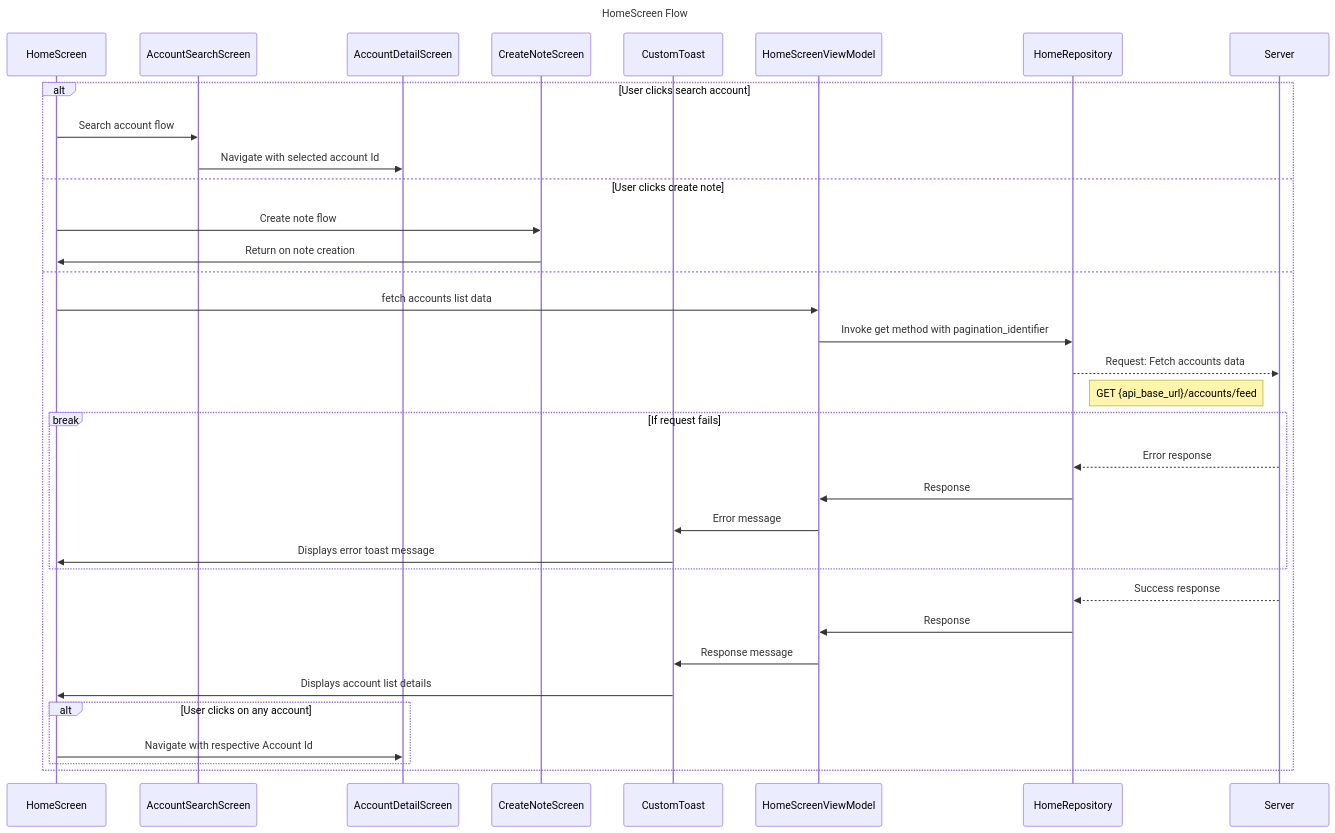
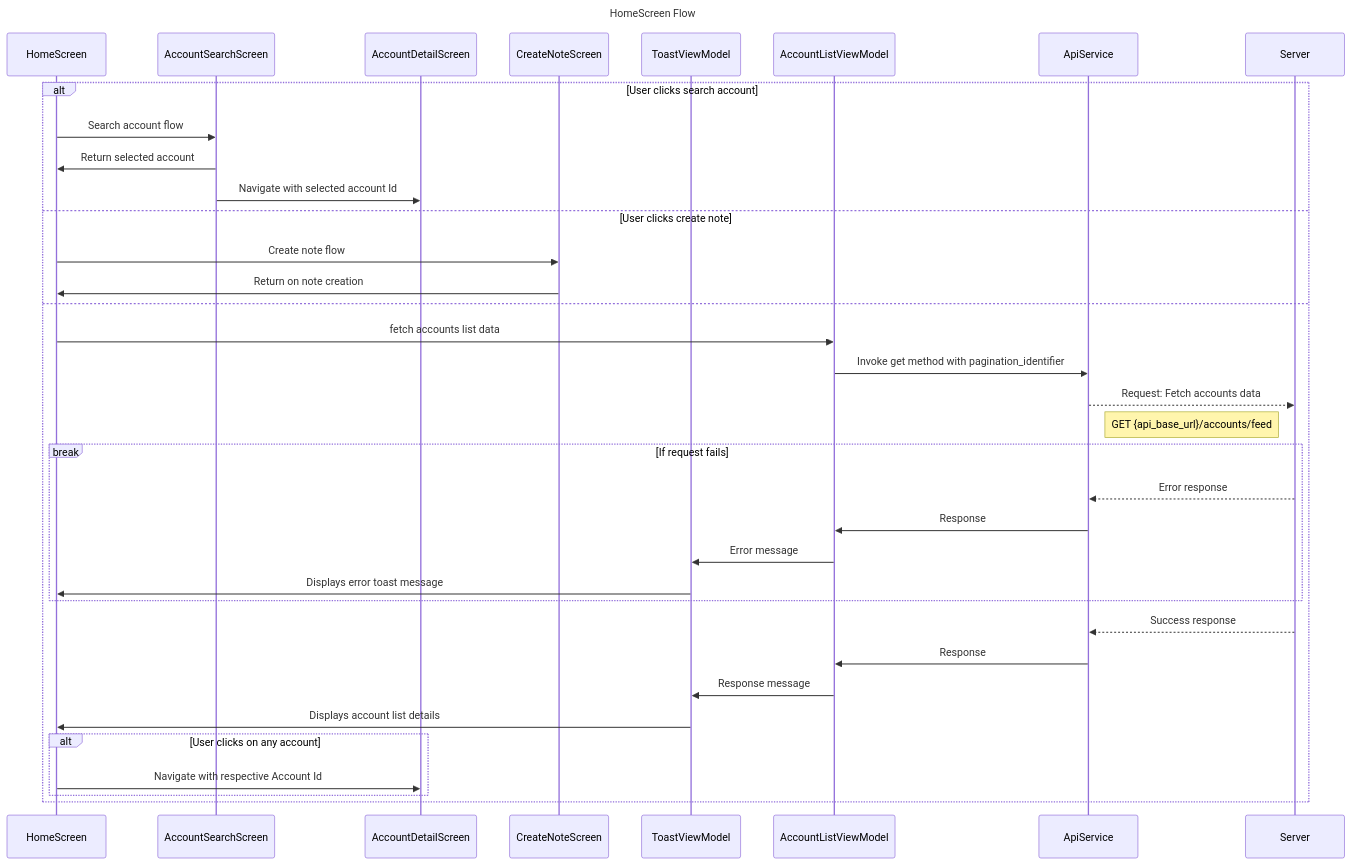
Before and after one commit to TrueSparrowSystems/AI-SalesSparrow-Docs: the diagram in flowDiagrams/IOS/HomeScreen.mermaid, drawn with Mermaid.

Commit message:
Updated homescreen flow for iOS

```diff
--- a/flowDiagrams/IOS/HomeScreen.mermaid
+++ b/flowDiagrams/IOS/HomeScreen.mermaid
@@ -1,43 +1,42 @@
 sequenceDiagram
     title HomeScreen Flow
 
     participant HS as HomeScreen
     participant ASS as AccountSearchScreen
     participant ADS as AccountDetailScreen
     participant CNS as CreateNoteScreen
-    participant CT as CustomToast
-    participant HSVM as HomeScreenViewModel
-    participant HR as HomeRepository
+    participant TVM as ToastViewModel
+    participant ALVM as AccountListViewModel
+    participant AS as ApiService
     participant S as Server
 
     alt  User clicks search account
         HS->>ASS: Search account flow
+        ASS->>HS: Return selected account
         ASS->>ADS: Navigate with selected account Id
+
 
     else  User clicks create note
         HS->>CNS: Create note flow
         CNS->>HS: Return on note creation
-
     else
-
-    HS->>HSVM : fetch accounts list data
-    HSVM->>HR: Invoke get method with pagination_identifier
-    HR-->>S : Request: Fetch accounts data
-    note right of HR: GET {api_base_url}/accounts/feed
-
+    HS->>ALVM : fetch accounts list data
+    ALVM->>AS: Invoke get method with pagination_identifier
+    AS-->>S : Request: Fetch accounts data
+    note right of AS: GET {api_base_url}/accounts/feed
     break If request fails
-        S-->>HR: Error response
-        HR->>HSVM: Response
-        HSVM->>CT: Error message
-        CT->>HS: Displays error toast message
+        S-->>AS: Error response
+        AS->>ALVM: Response
+        ALVM->>TVM: Error message
+        TVM->>HS: Displays error toast message
     end
     
-    S-->>HR: Success response
-    HR->>HSVM: Response
-    HSVM->>CT: Response message
-    CT->>HS: Displays account list details
-    
+    S-->>AS: Success response
+    AS->>ALVM: Response
+    ALVM->>TVM: Response message
+    TVM->>HS: Displays account list details
+
     alt User clicks on any account  
         HS->>ADS:  Navigate with respective Account Id
     end
     end
```
